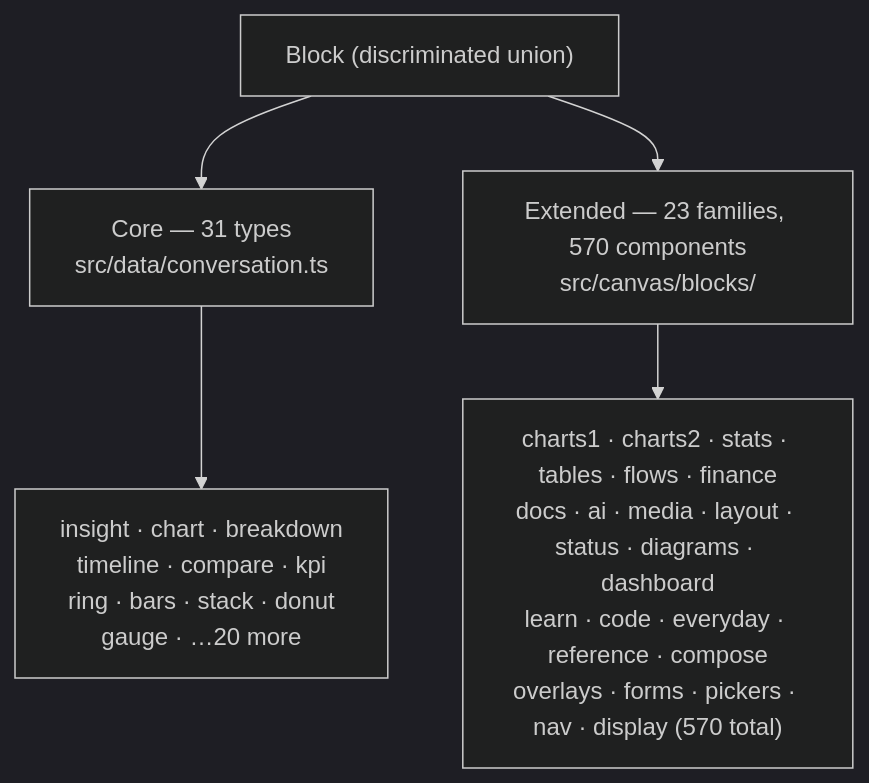
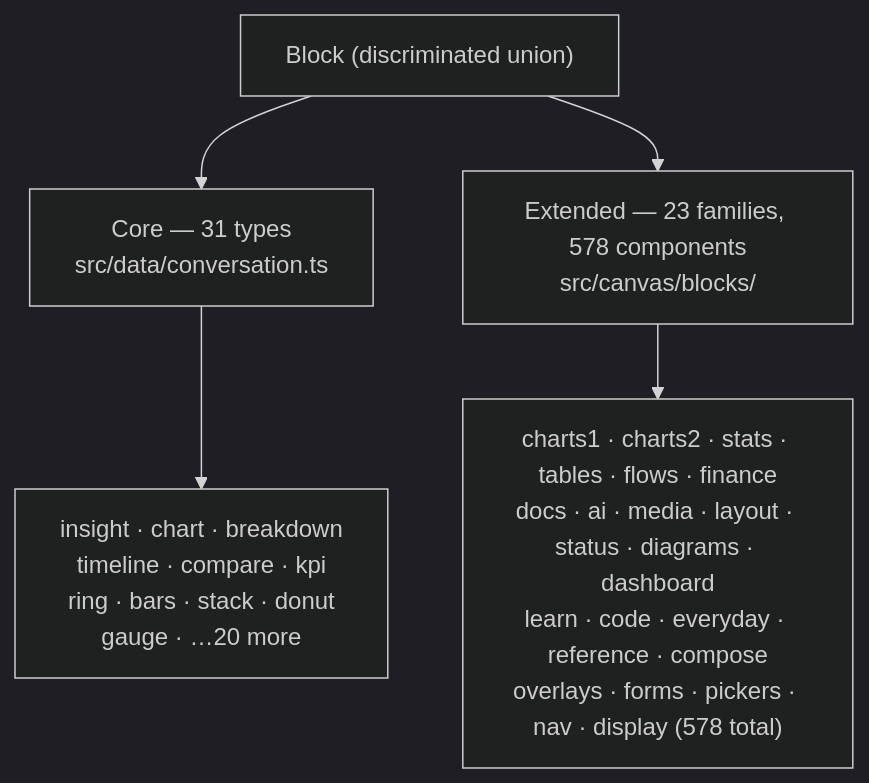
Before and after one commit to TryMaveaAI/mavea: the second of 4 diagrams in ARCHITECTURE.md, drawn with Mermaid (dark theme). The commit also changed other lines of this file and 135 other files, not shown here.

First line of the commit message:
feat(canvas): add eight components across six families

````diff
--- a/ARCHITECTURE.md
+++ b/ARCHITECTURE.md
@@ -128,7 +128,7 @@
 ```mermaid
 graph TD
     B["Block (discriminated union)"] --> CORE["Core — 31 types\nsrc/data/conversation.ts"]
-    B --> EXT["Extended — 23 families, 570 components\nsrc/canvas/blocks/"]
+    B --> EXT["Extended — 23 families, 578 components\nsrc/canvas/blocks/"]
     CORE --> c1["insight · chart · breakdown\ntimeline · compare · kpi\nring · bars · stack · donut\ngauge · …20 more"]
-    EXT --> e1["charts1 · charts2 · stats · tables · flows · finance\ndocs · ai · media · layout · status · diagrams · dashboard\nlearn · code · everyday · reference · compose\noverlays · forms · pickers · nav · display (570 total)"]
+    EXT --> e1["charts1 · charts2 · stats · tables · flows · finance\ndocs · ai · media · layout · status · diagrams · dashboard\nlearn · code · everyday · reference · compose\noverlays · forms · pickers · nav · display (578 total)"]
 ```
````
